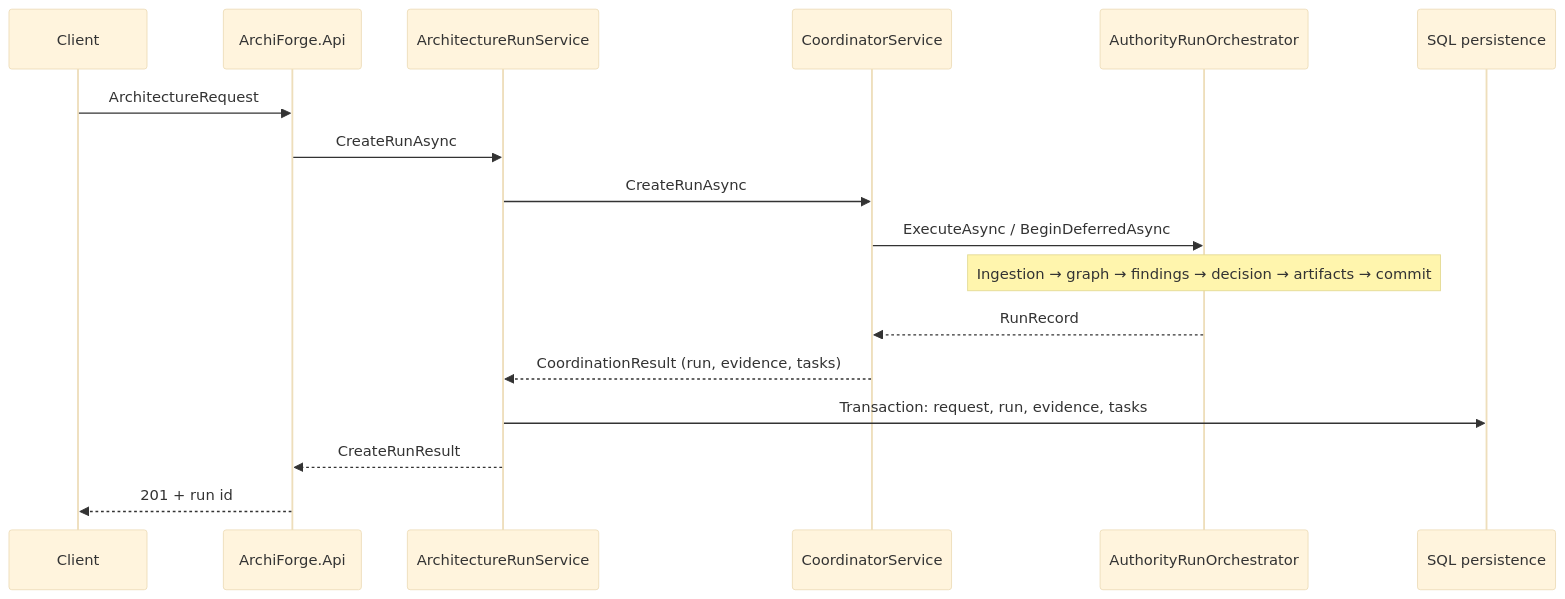
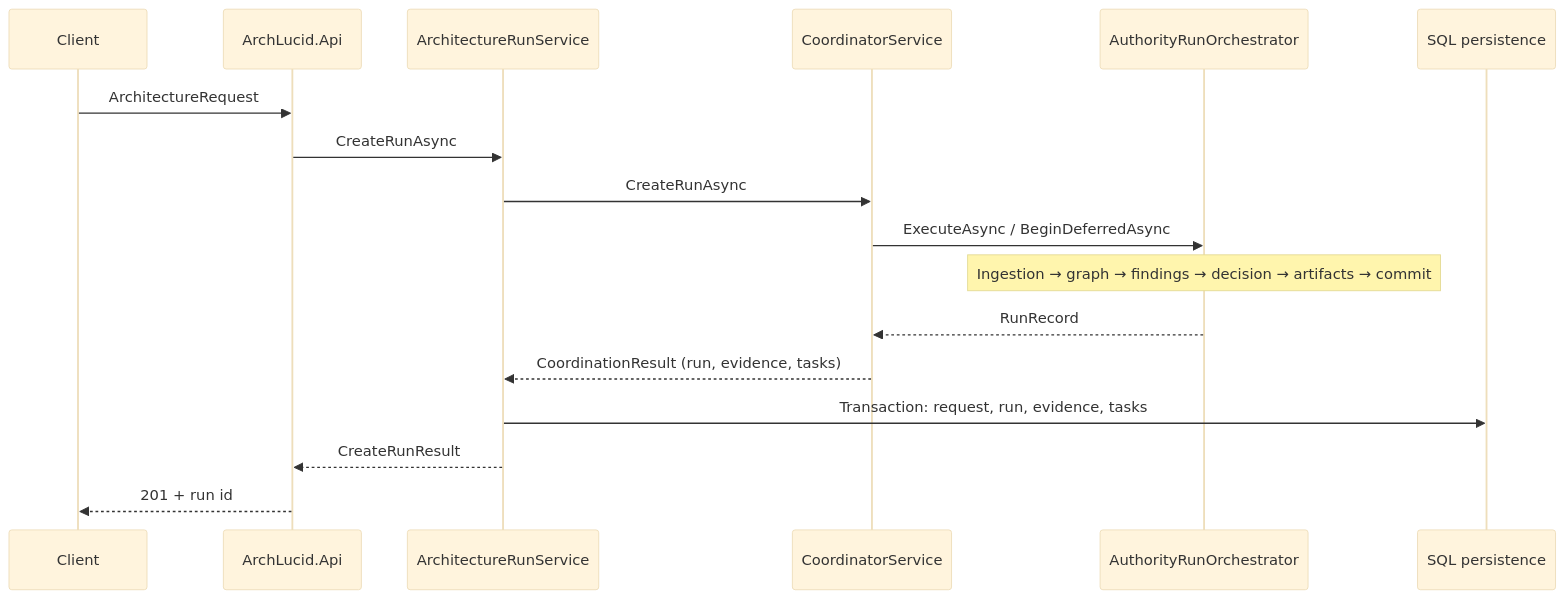
The first of 3 diagrams in docs/SYSTEM_MAP.md (joefrancisGA/ArchLucid), drawn with Mermaid (base theme) before and after one commit. The commit also changed other lines of this file and 2569 other files, not shown here.

````diff
--- a/docs/SYSTEM_MAP.md
+++ b/docs/SYSTEM_MAP.md
@@ -11,20 +11,20 @@
 ```mermaid
 sequenceDiagram
     participant C as Client
-    participant API as ArchiForge.Api
+    participant API as ArchLucid.Api
     participant App as ArchitectureRunService
     participant Coord as CoordinatorService
     participant Orch as AuthorityRunOrchestrator
     participant SQL as SQL persistence
 
     C->>API: ArchitectureRequest
     API->>App: CreateRunAsync
     App->>Coord: CreateRunAsync
     Coord->>Orch: ExecuteAsync / BeginDeferredAsync
     Note over Orch: Ingestion → graph → findings → decision → artifacts → commit
     Orch-->>Coord: RunRecord
     Coord-->>App: CoordinationResult (run, evidence, tasks)
     App->>SQL: Transaction: request, run, evidence, tasks
     App-->>API: CreateRunResult
     API-->>C: 201 + run id
 ```
````
